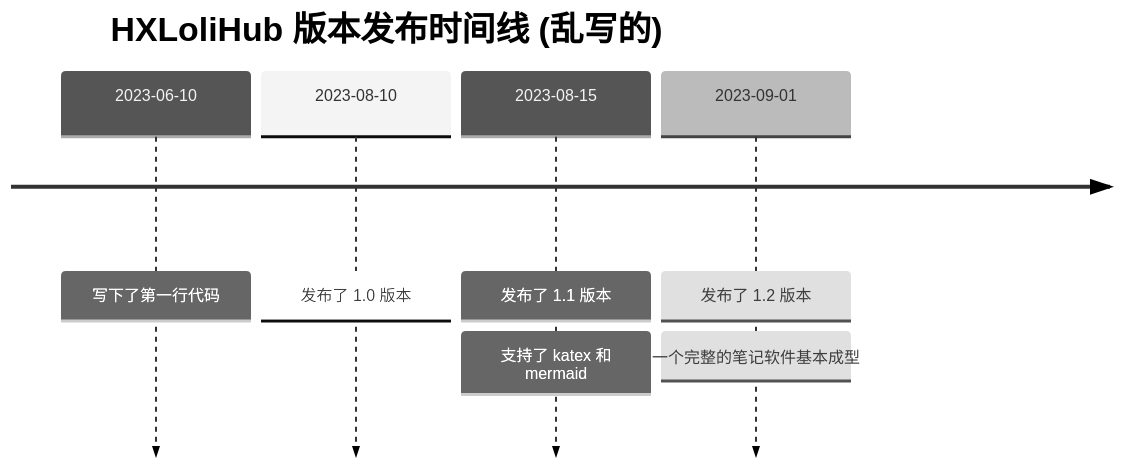
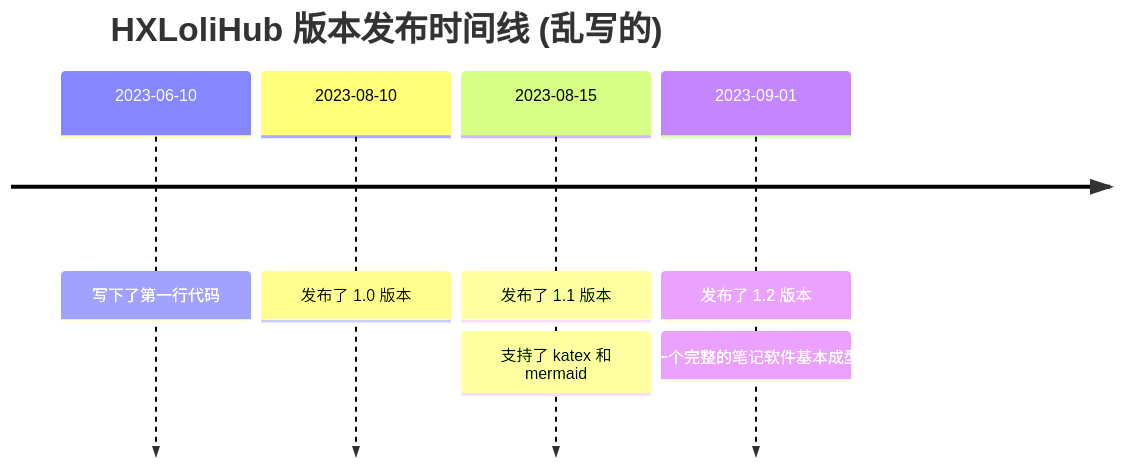
One commit to HengXin666/HXLoLiHub changed the second of 3 diagrams in docs/02-测试/01-测试笔记/index.md. Above: the diagram before and after it, drawn with Mermaid. The commit also changed other lines of this file and 2 other files, not shown here.

Commit message:
优化了一些css, 支持选项卡图表

````diff
--- a/docs/02-测试/01-测试笔记/index.md
+++ b/docs/02-测试/01-测试笔记/index.md
@@ -197,11 +112,10 @@
-```mermaid [组2-Mermaid图表]
-%%{init: { 'theme': 'neutral' } }%%
+```Mermaid [g2-Mermaid图表2]
 timeline
     title HXLoliHub 版本发布时间线 (乱写的)
     2023-06-10 : 写下了第一行代码
     2023-08-10 : 发布了 1.0 版本
     2023-08-15 : 发布了 1.1 版本
                : 支持了 katex 和 mermaid
     2023-09-01 : 发布了 1.2 版本
                : 一个完整的笔记软件基本成型
 ```
````
